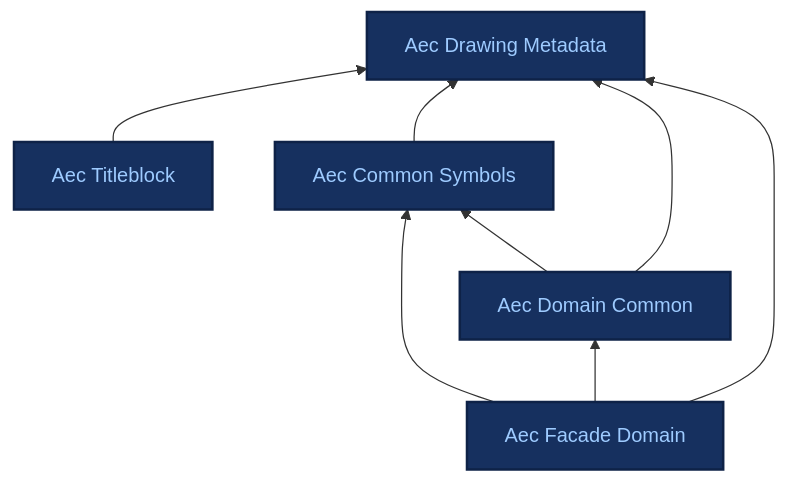
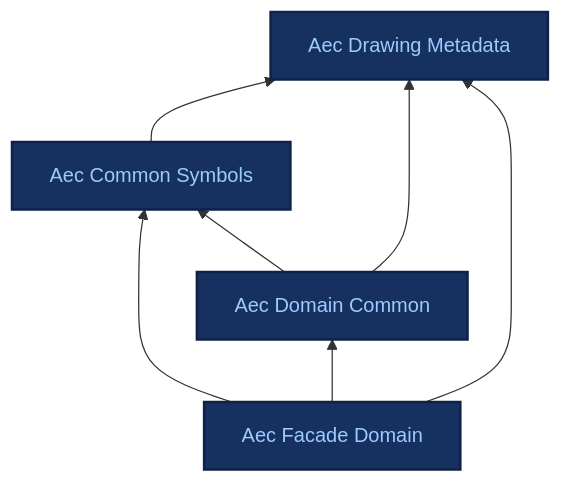
Before and after one commit to BuroHappoldMachineLearning/ADIRO: the diagram in docs/ontologies/index.md, drawn with Mermaid. The commit also changed other lines of this file and 22 other files, not shown here.

First line of the commit message:
refactor: delete the aec_titleblock module; trim the PR to what it needs

````diff
--- a/docs/ontologies/index.md
+++ b/docs/ontologies/index.md
@@ -9,18 +9,16 @@
 ```mermaid
 %%{init: {"themeCSS": ".base .nodeLabel,.base .nodeLabel p,.base text,.base tspan{fill:#9ecbff !important;color:#9ecbff !important}.current .nodeLabel,.current .nodeLabel p,.current text,.current tspan{fill:#16305f !important;color:#16305f !important}"} }%%
 graph BT
     aec_drawing_metadata["Aec Drawing Metadata"]
-    aec_titleblock["Aec Titleblock"]
     aec_common_symbols["Aec Common Symbols"]
     aec_domain_common["Aec Domain Common"]
     aec_facade_domain["Aec Facade Domain"]
-    aec_titleblock --> aec_drawing_metadata
     aec_common_symbols --> aec_drawing_metadata
     aec_domain_common --> aec_common_symbols
     aec_domain_common --> aec_drawing_metadata
     aec_facade_domain --> aec_common_symbols
     aec_facade_domain --> aec_domain_common
     aec_facade_domain --> aec_drawing_metadata
     classDef base fill:#16305f,stroke:#0e2247,stroke-width:2px,color:#9ecbff;
-    class aec_drawing_metadata,aec_titleblock,aec_common_symbols,aec_domain_common,aec_facade_domain base;
+    class aec_drawing_metadata,aec_common_symbols,aec_domain_common,aec_facade_domain base;
 ```
````
